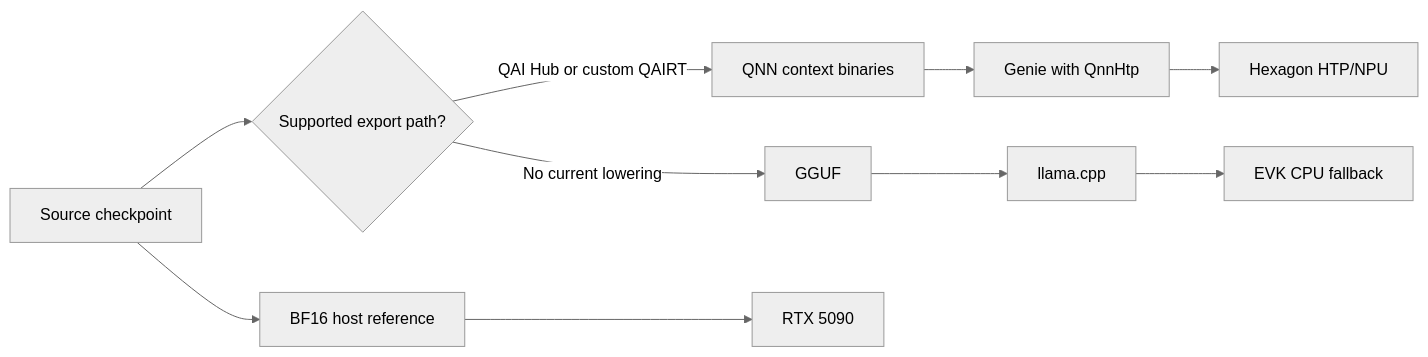
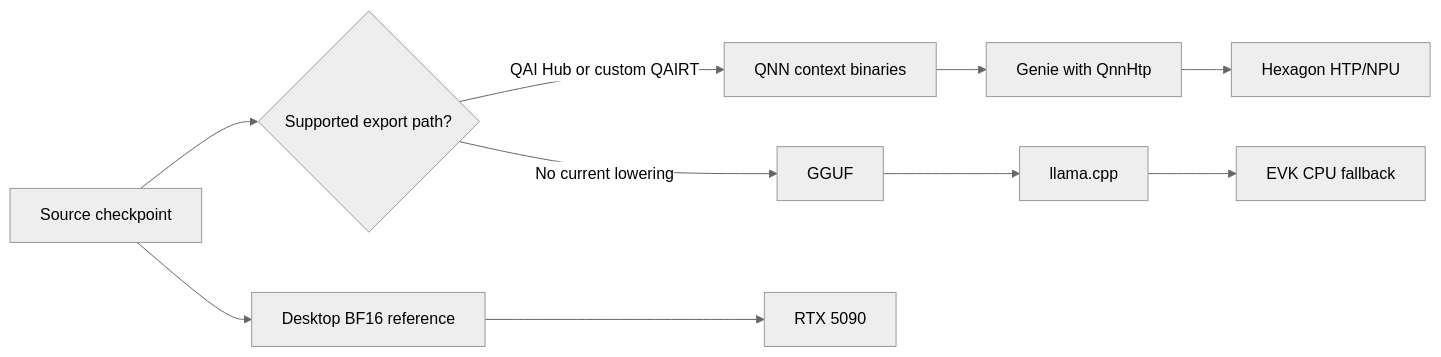
Before and after one commit to eivholt/qai-nemotron: the second of 4 diagrams in tutorial_agentic_models_iq9075.md, drawn with Mermaid (neutral theme). The commit also changed other lines of this file, not shown here.

Commit message:
Improve tutorial links and BFCL charts

````diff
--- a/tutorial_agentic_models_iq9075.md
+++ b/tutorial_agentic_models_iq9075.md
@@ -89,12 +90,12 @@
 ```mermaid
 flowchart LR
     A[Source checkpoint] --> B{Supported export path?}
     B -->|QAI Hub or custom QAIRT| C[QNN context binaries]
     C --> D[Genie with QnnHtp]
     D --> E[Hexagon HTP/NPU]
     B -->|No current lowering| F[GGUF]
     F --> G[llama.cpp]
     G --> H[EVK CPU fallback]
-    A --> I[BF16 host reference]
+    A --> I[Desktop BF16 reference]
     I --> J[RTX 5090]
 ```
````
